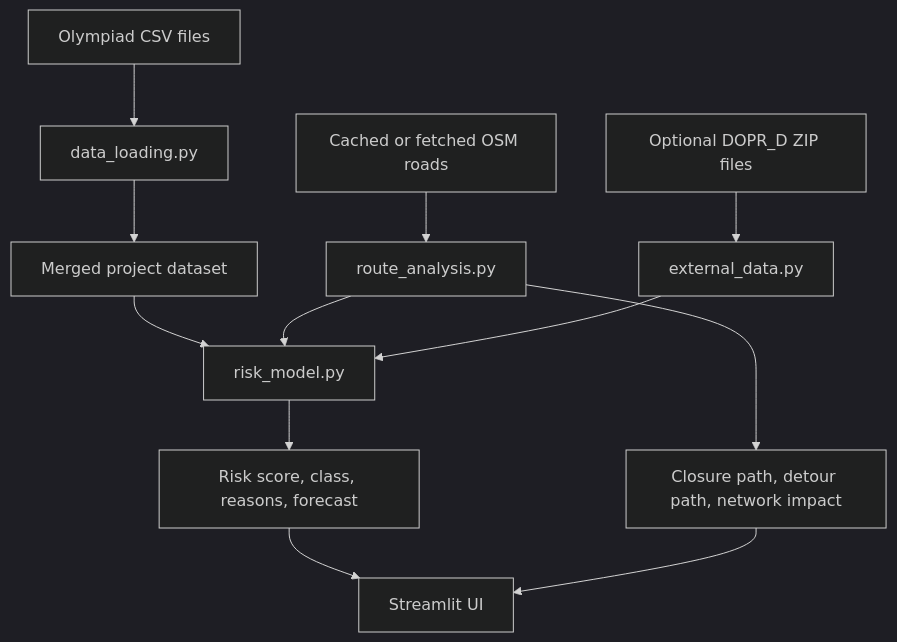
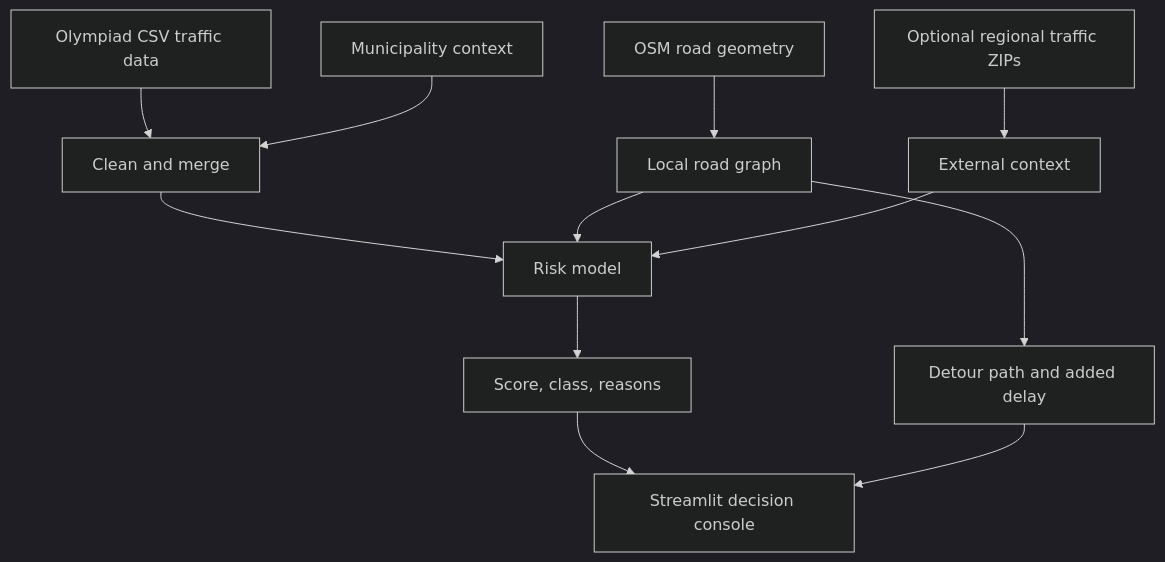
One commit to zabrodsk/UzavirkaAI changed the diagram in README.md. Above: the diagram before and after it, drawn with Mermaid (dark theme). The commit also changed other lines of this file and 2 other files, not shown here.

````diff
--- a/README.md
+++ b/README.md
@@ -122,14 +71,14 @@
 ```mermaid
 flowchart TD
-    A["Olympiad CSV files"] --> B["data_loading.py"]
-    B --> C["Merged project dataset"]
-    D["Cached or fetched OSM roads"] --> E["route_analysis.py"]
-    F["Optional DOPR_D ZIP files"] --> G["external_data.py"]
-    C --> H["risk_model.py"]
+    A["Olympiad CSV traffic data"] --> B["Clean and merge"]
+    C["Municipality context"] --> B
+    D["OSM road geometry"] --> E["Local road graph"]
+    F["Optional regional traffic ZIPs"] --> G["External context"]
+    B --> H["Risk model"]
     E --> H
     G --> H
-    H --> I["Risk score, class, reasons, forecast"]
-    E --> J["Closure path, detour path, network impact"]
-    I --> K["Streamlit UI"]
+    H --> I["Score, class, reasons"]
+    E --> J["Detour path and added delay"]
+    I --> K["Streamlit decision console"]
     J --> K
 ```
````
